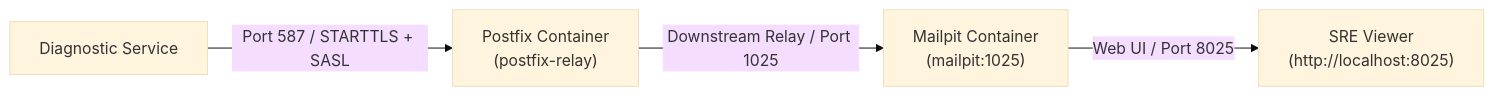
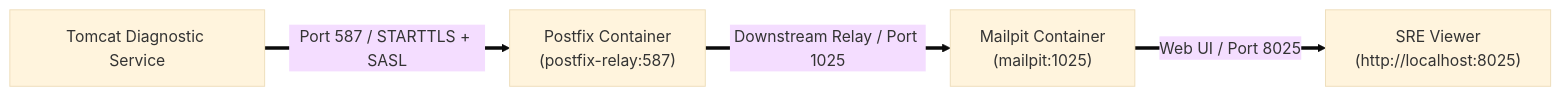
One commit to edkas07-oss/postfix-relay changed the diagram in README.md. Above: the diagram before and after it, drawn with Mermaid (base theme). The commit also changed other lines of this file, not shown here.

````diff
--- a/README.md
+++ b/README.md
@@ -5,6 +13,6 @@
 ```mermaid
 flowchart LR
-    DS["Diagnostic Service"] -->|Port 587 / STARTTLS + SASL| PR["Postfix Container<br/>(postfix-relay)"]
-    PR -->|Downstream Relay / Port 1025| MP["Mailpit Container<br/>(mailpit:1025)"]
-    MP -->|Web UI / Port 8025| SRE["SRE Viewer<br/>(http://localhost:8025)"]
+    DS["Tomcat Diagnostic Service"] ==>|Port 587 / STARTTLS + SASL| PR["Postfix Container<br/>(postfix-relay:587)"]
+    PR ==>|Downstream Relay / Port 1025| MP["Mailpit Container<br/>(mailpit:1025)"]
+    MP ==>|Web UI / Port 8025| SRE["SRE Viewer<br/>(http://localhost:8025)"]
 ```
````
